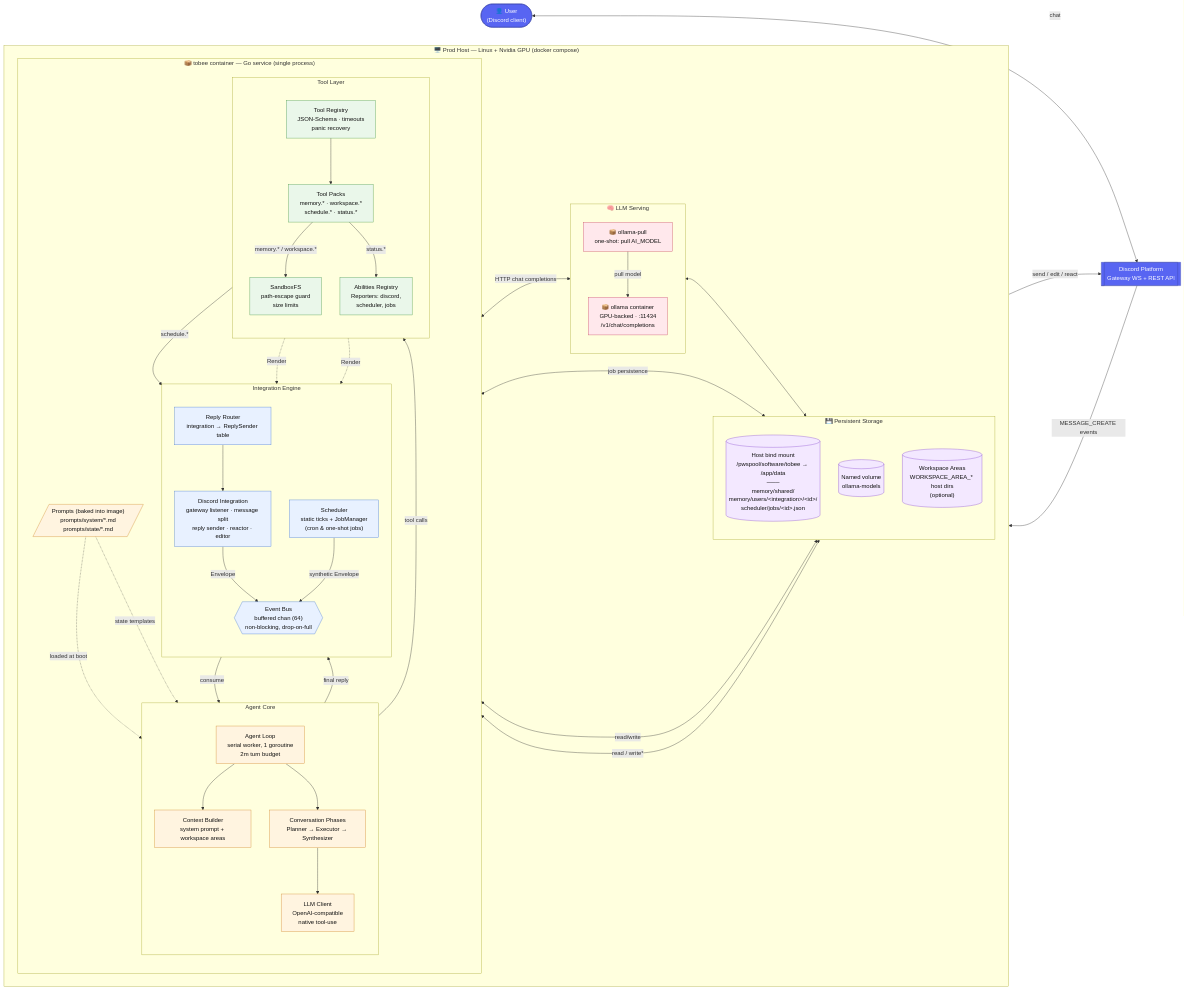
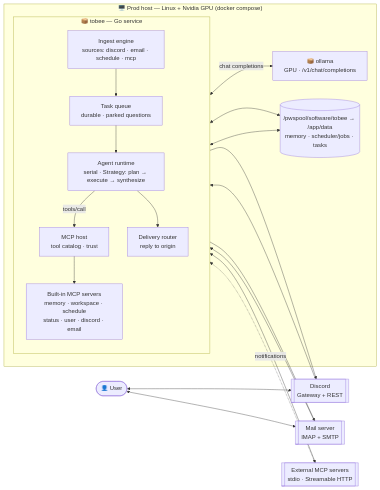
The diagram in README.md (runyanjake/tobee), drawn with Mermaid before and after one commit. The commit also changed other lines of this file and 96 other files, not shown here.

````diff
--- a/README.md
+++ b/README.md
@@ -16,109 +17,37 @@
 ```mermaid
 flowchart LR
-    %% ───────────── External actors & systems ─────────────
-    user(["👤 User<br/>(Discord client)"])
-    discordAPI[["Discord Platform<br/>Gateway WS + REST API"]]
+    user(["👤 User"])
+    discordAPI[["Discord<br/>Gateway + REST"]]
+    mail[["Mail server<br/>IMAP + SMTP"]]
+    extMCP[["External MCP servers<br/>stdio · Streamable HTTP"]]
 
-    %% ───────────── Prod host ─────────────
-    subgraph host["🖥️ Prod Host — Linux + Nvidia GPU (docker compose)"]
-        direction LR
-
-        %% ── tobee container ──
-        subgraph tobee["📦 tobee container — Go service (single process)"]
+    subgraph host["🖥️ Prod host — Linux + Nvidia GPU (docker compose)"]
+        subgraph tobee["📦 tobee — Go service"]
             direction TB
-
-            subgraph ioEngine["Integration Engine"]
-                direction TB
-                discordInt["Discord Integration<br/>gateway listener · message split<br/>reply sender · reactor · editor"]
-                schedInt["Scheduler<br/>static ticks + JobManager<br/>(cron & one-shot jobs)"]
-                bus{{"Event Bus<br/>buffered chan (64)<br/>non-blocking, drop-on-full"}}
-                replies["Reply Router<br/>integration → ReplySender table"]
-            end
-
-            subgraph agentCore["Agent Core"]
-                direction TB
-                loop["Agent Loop<br/>serial worker, 1 goroutine<br/>2m turn budget"]
-                ctxb["Context Builder<br/>system prompt + workspace areas"]
-                phases["Conversation Phases<br/>Planner → Executor → Synthesizer"]
-                llmClient["LLM Client<br/>OpenAI-compatible<br/>native tool-use"]
-            end
-
-            subgraph toolLayer["Tool Layer"]
-                direction TB
-                registry["Tool Registry<br/>JSON-Schema · timeouts<br/>panic recovery"]
-                packs["Tool Packs<br/>memory.* · workspace.*<br/>schedule.* · status.*"]
-                abilities["Abilities Registry<br/>Reporters: discord,<br/>scheduler, jobs"]
-                sandbox["SandboxFS<br/>path-escape guard<br/>size limits"]
-            end
-
-            prompts[/"Prompts (baked into image)<br/>prompts/system/*.md<br/>prompts/state/*.md"/]
+            ingest["Ingest engine<br/>sources: discord · email · schedule · mcp"]
+            queue["Task queue<br/>durable · parked questions"]
+            runtime["Agent runtime<br/>serial · Strategy: plan → execute → synthesize"]
+            mcphost["MCP host<br/>tool catalog · trust"]
+            builtin["Built-in MCP servers<br/>memory · workspace · schedule<br/>status · user · discord · email"]
+            delivery["Delivery router<br/>reply to origin"]
         end
-
-        %% ── LLM containers ──
-        subgraph llmStack["🧠 LLM Serving"]
-            direction TB
-            ollama["📦 ollama container<br/>GPU-backed · :11434<br/>/v1/chat/completions"]
-            ollamaPull["📦 ollama-pull<br/>one-shot: pull AI_MODEL"]
-        end
-
-        %% ── Storage ──
-        subgraph storage["💾 Persistent Storage"]
-            direction TB
-            dataVol[("Host bind mount<br/>/pwspool/software/tobee → /app/data<br/>───<br/>memory/shared/<br/>memory/users/&lt;integration&gt;/&lt;id&gt;/<br/>scheduler/jobs/&lt;id&gt;.json")]
-            modelVol[("Named volume<br/>ollama-models")]
-            wsAreas[("Workspace Areas<br/>WORKSPACE_AREA_* host dirs<br/>(optional)")]
-        end
+        ollama["📦 ollama<br/>GPU · /v1/chat/completions"]
+        data[("/pwspool/software/tobee → /app/data<br/>memory · scheduler/jobs · tasks")]
     end
 
-    %% ───────────── Inbound flow ─────────────
-    user <-->|chat| discordAPI
-    discordAPI -->|MESSAGE_CREATE events| discordInt
-    discordInt -->|Envelope| bus
-    schedInt -->|synthetic Envelope| bus
-    bus -->|consume| loop
-
-    %% ───────────── Turn execution ─────────────
-    loop --> ctxb
-    prompts -.->|loaded at boot| ctxb
-    prompts -.->|state templates| phases
-    loop --> phases
-    phases --> llmClient
-    llmClient <-->|HTTP chat completions| ollama
-    phases -->|tool calls| registry
-    registry --> packs
-
-    %% ───────────── Tool backends ─────────────
-    packs -->|memory.* / workspace.*| sandbox
-    packs -->|schedule.*| schedInt
-    packs -->|status.*| abilities
-    abilities -.->|Render| discordInt
-    abilities -.->|Render| schedInt
-
-    sandbox <-->|read/write| dataVol
-    sandbox <-->|read / write*| wsAreas
-    schedInt <-->|job persistence| dataVol
-
-    %% ───────────── Outbound flow ─────────────
-    loop -->|final reply| replies
-    replies --> discordInt
-    discordInt -->|send / edit / react| discordAPI
-
-    %% ───────────── LLM infra ─────────────
-    ollamaPull -->|pull model| ollama
-    ollama <--> modelVol
-
-    %% ───────────── Styling ─────────────
-    classDef ext fill:#5865F2,stroke:#3b45a8,color:#fff
-    classDef io fill:#e8f1ff,stroke:#4a7bd0,color:#111
-    classDef core fill:#fff4e0,stroke:#d08a2a,color:#111
-    classDef tool fill:#eaf7ea,stroke:#4a9a4a,color:#111
-    classDef store fill:#f3e8ff,stroke:#8a4ad0,color:#111
-    classDef llm fill:#ffe8ec,stroke:#c94a64,color:#111
-
-    class user,discordAPI ext
-    class discordInt,schedInt,bus,replies io
-    class loop,ctxb,phases,llmClient,prompts core
-    class registry,packs,abilities,sandbox tool
-    class dataVol,modelVol,wsAreas store
-    class ollama,ollamaPull llm
+    user <--> discordAPI
+    user <--> mail
+    discordAPI --> ingest
+    mail --> ingest
+    extMCP -. notifications .-> ingest
+    ingest --> queue --> runtime
+    runtime <-->|chat completions| ollama
+    runtime -->|tools/call| mcphost
+    mcphost --> builtin
+    mcphost <--> extMCP
+    runtime --> delivery
+    delivery --> discordAPI
+    delivery --> mail
+    builtin <--> data
+    queue <--> data
 ```
````
